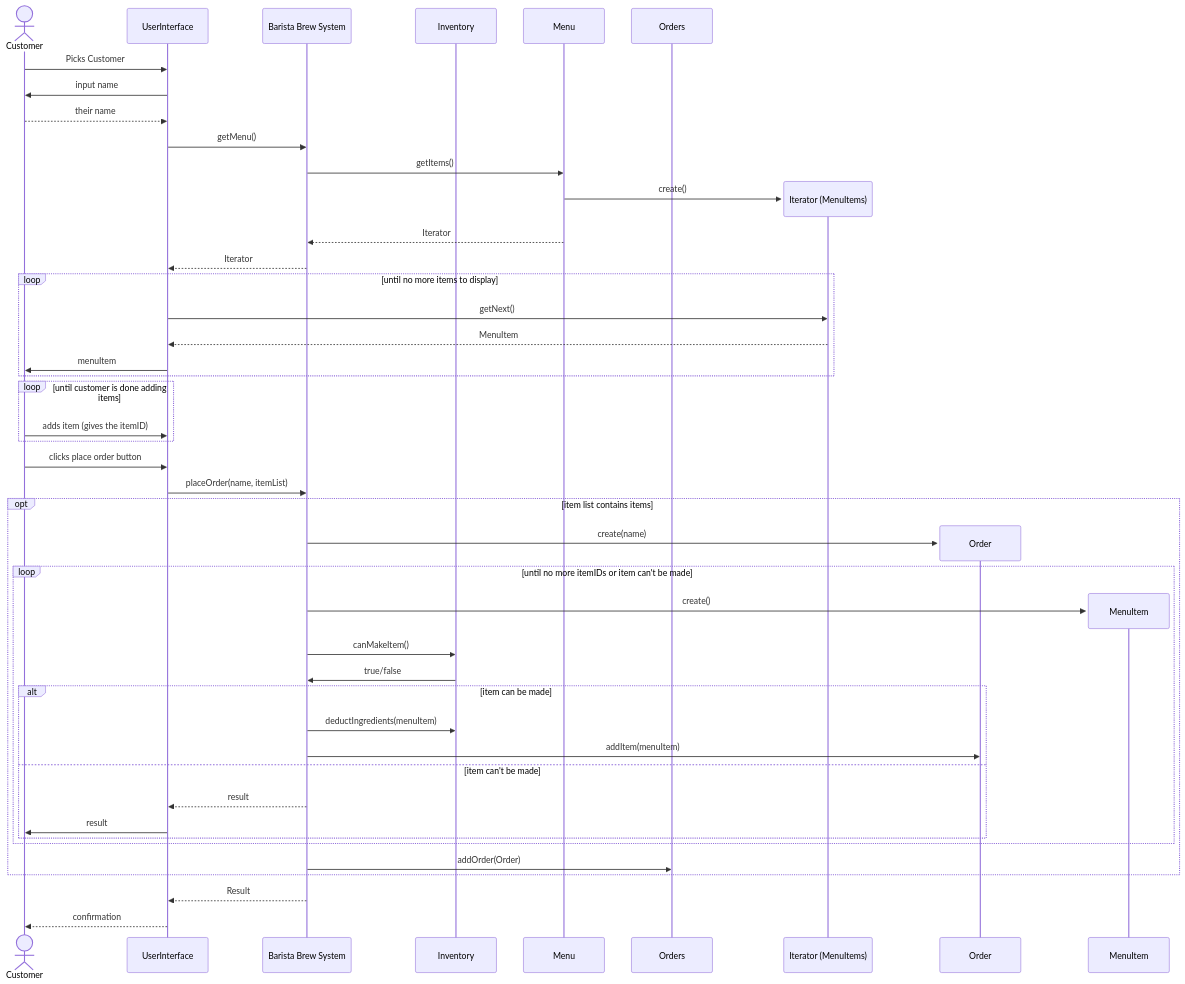
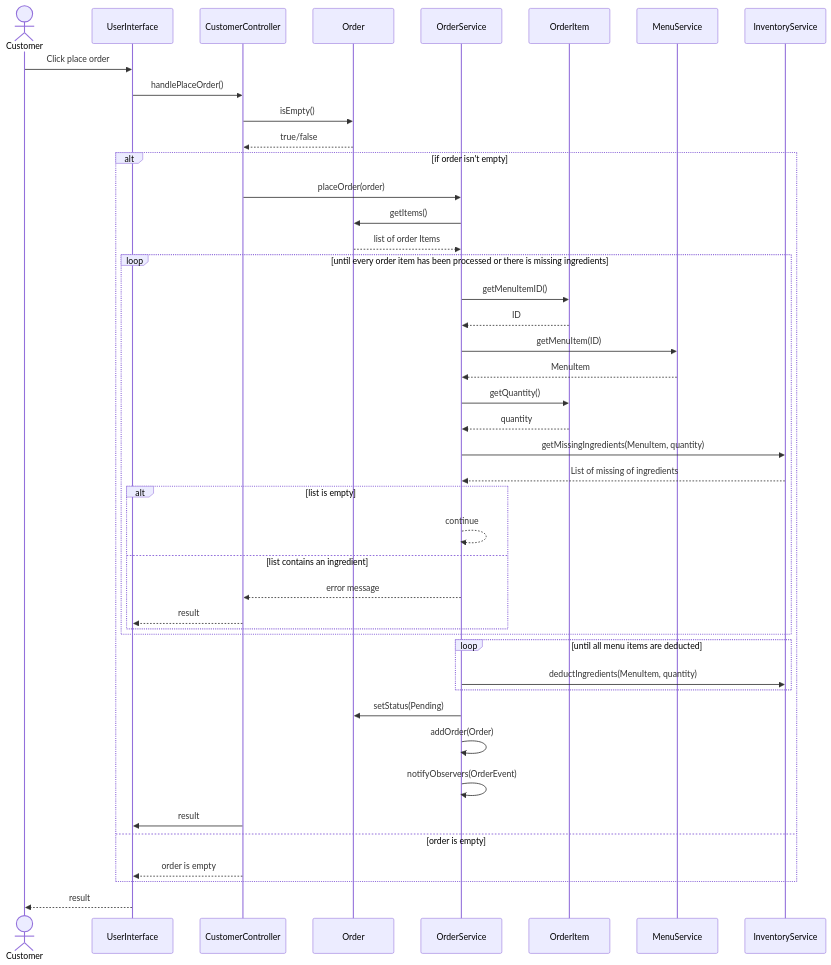
One commit to Elischmidtke/ics-372-group-project-elijah changed the first of 3 diagrams in README.md. Above: the diagram before and after it, drawn with Mermaid. The commit also changed other lines of this file, not shown here.

````diff
--- a/README.md
+++ b/README.md
@@ -239,55 +168,55 @@
 ```mermaid
 sequenceDiagram
     actor Customer
     participant UI as UserInterface
-    participant BFS as Barista Brew System
-    participant IN as Inventory
-    participant Menu as Menu
-    participant Orders as Orders
+    participant BFS as CustomerController
+    participant Order as Order
+    participant Orders as OrderService
+    participant OI as OrderItem
+    participant Menu as MenuService
+    participant IN as InventoryService
+    
     %% Add more participants as needed
 
     %% Your diagram here
-    Customer ->>UI: Picks Customer
-    UI ->>Customer: input name
-    Customer -->>UI: their name
-    UI ->>BFS: getMenu()
-	BFS ->>Menu: getItems()
-	create participant IM as Iterator (MenuItems)
-	Menu ->>IM: create()
-	Menu -->>BFS: Iterator
-	BFS -->>UI: Iterator
-    loop until no more items to display
-		UI ->>IM: getNext()
-		IM -->>UI: MenuItem
-		UI ->>Customer: menuItem
-	end
-	loop until customer is done adding items
-		Customer ->>UI: adds item (gives the itemID)
-	end
-    Customer ->>UI: clicks place order button
-    UI ->>BFS: placeOrder(name, itemList)
-    opt item list contains items
-	    create participant Order
-		BFS ->>Order: create(name)
-		loop until no more itemIDs or item can't be made
-			create participant MI as MenuItem
-			BFS ->>MI: create()
-			BFS ->>IN: canMakeItem()
-			IN ->>BFS: true/false
-			alt item can be made
-				BFS ->>IN: deductIngredients(menuItem)
-				BFS ->>Order: addItem(menuItem)
-			else item can't be made
+	Customer ->>UI: Click place order
+	UI ->>BFS: handlePlaceOrder()
+	BFS ->>Order: isEmpty()
+	Order -->>BFS: true/false
+	alt if order isn't empty
+		BFS ->>Orders: placeOrder(order)
+		Orders ->>Order: getItems()
+		Order -->>Orders: list of order Items
+		loop until every order item has been processed or there is missing ingredients
+			Orders ->>OI: getMenuItemID()
+			OI -->>Orders: ID
+			Orders ->>Menu: getMenuItem(ID)
+			Menu -->>Orders: MenuItem
+			Orders ->>OI: getQuantity()
+			OI -->> Orders: quantity
+			Orders ->>IN: getMissingIngredients(MenuItem, quantity)
+			IN -->>Orders: List of missing of ingredients
+			alt list is empty
+				Orders -->>Orders: continue
+			else list contains an ingredient
+				Orders -->>BFS: error message
 				BFS -->>UI: result
-				UI ->>Customer:result
 			end
 		end
-		BFS ->>Orders: addOrder(Order)
+		loop until all menu items are deducted
+			Orders ->>IN: deductIngredients(MenuItem, quantity) 
+		end
+		Orders ->>Order: setStatus(Pending)	
+		Orders ->>Orders: addOrder(Order)
+		Orders ->>Orders: notifyObservers(OrderEvent)
+		BFS ->>UI: result	
+	else order is empty
+		BFS -->>UI: order is empty
 	end
-	BFS -->>UI:Result
-	UI -->>Customer: confirmation
+	UI -->>Customer: result
+	
 	
     
     
     
 ```
````
